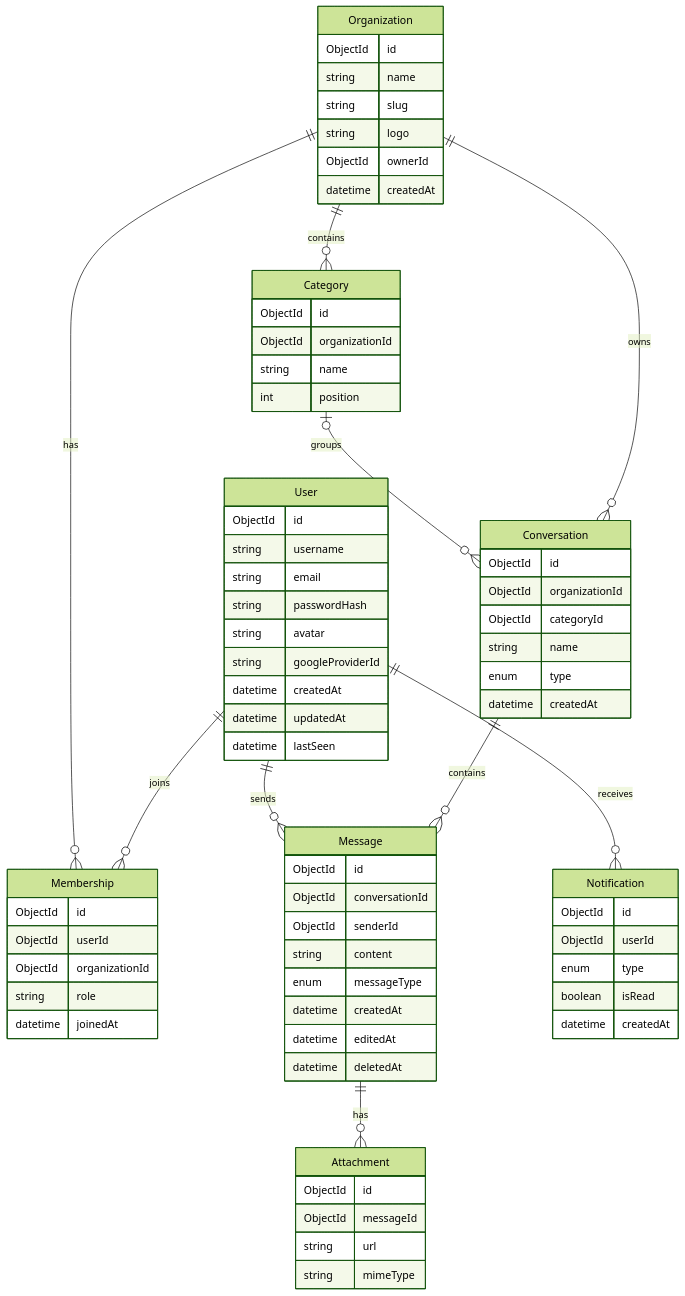
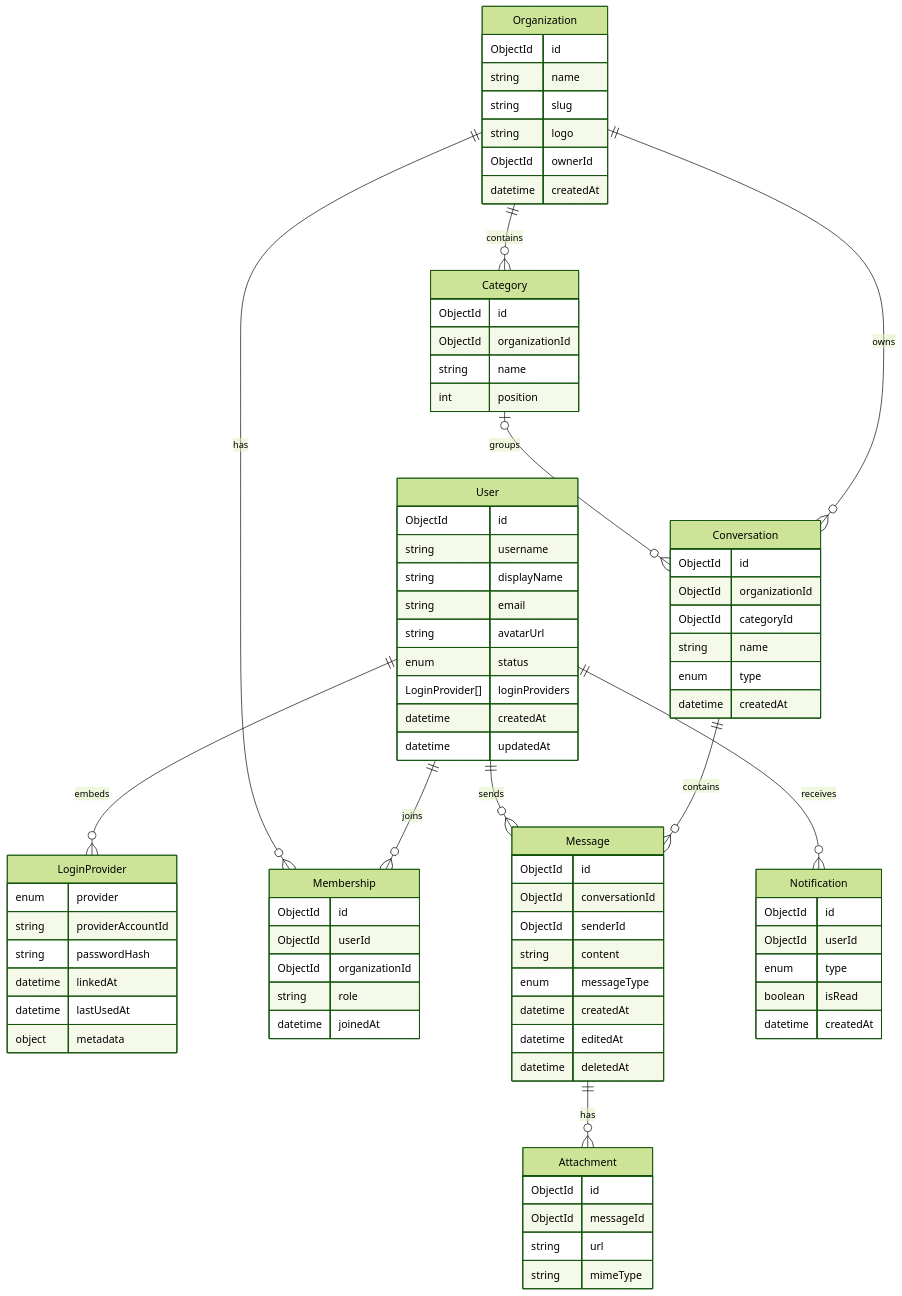
Before and after one commit to RamyMohamed47/intouch-docs: the diagram in Diagrams/Entity Diagrams.md, drawn with Mermaid (forest theme). The commit also changed 13 other files, not shown here.

````diff
--- a/Diagrams/Entity Diagrams.md
+++ b/Diagrams/Entity Diagrams.md
@@ -1,91 +1,201 @@
 ```mermaid
+
 erDiagram
 
-    User {
-        ObjectId id
-        string username
-        string email
-        string passwordHash
-        string avatar
-        string googleProviderId
-        datetime createdAt
-        datetime updatedAt
-        datetime lastSeen
-    }
+  
 
-    Organization {
-        ObjectId id
-        string name
-        string slug
-        string logo
-        ObjectId ownerId
-        datetime createdAt
-    }
+    User {
 
-    Membership {
-        ObjectId id
-        ObjectId userId
-        ObjectId organizationId
-        string role
-        datetime joinedAt
-    }
+        ObjectId id
 
-    Category {
-        ObjectId id
-        ObjectId organizationId
-        string name
-        int position
-    }
+        string username
 
-    Conversation {
-        ObjectId id
-        ObjectId organizationId
-        ObjectId categoryId
-        string name
-        enum type
-        datetime createdAt
-    }
+        string displayName
 
-    Message {
-        ObjectId id
-        ObjectId conversationId
-        ObjectId senderId
-        string content
-        enum messageType
-        datetime createdAt
-        datetime editedAt
-        datetime deletedAt
-    }
+        string email
 
-    Attachment {
-        ObjectId id
-        ObjectId messageId
-        string url
-        string mimeType
-    }
+        string avatarUrl
 
-    Notification {
-        ObjectId id
-        ObjectId userId
-        enum type
-        boolean isRead
-        datetime createdAt
-    }
+        enum status
 
-    User ||--o{ Membership : joins
-    Organization ||--o{ Membership : has
+        LoginProvider[] loginProviders
 
-    Organization ||--o{ Category : contains
+        datetime createdAt
 
-    Organization ||--o{ Conversation : owns
+        datetime updatedAt
 
-    Category |o--o{ Conversation : groups
+    }
 
-    Conversation ||--o{ Message : contains
+  
 
-    User ||--o{ Message : sends
+    LoginProvider {
 
-    Message ||--o{ Attachment : has
+        enum provider
 
-    User ||--o{ Notification : receives
+        string providerAccountId
+
+        string passwordHash
+
+        datetime linkedAt
+
+        datetime lastUsedAt
+
+        object metadata
+
+    }
+
+  
+
+    Organization {
+
+        ObjectId id
+
+        string name
+
+        string slug
+
+        string logo
+
+        ObjectId ownerId
+
+        datetime createdAt
+
+    }
+
+  
+
+    Membership {
+
+        ObjectId id
+
+        ObjectId userId
+
+        ObjectId organizationId
+
+        string role
+
+        datetime joinedAt
+
+    }
+
+  
+
+    Category {
+
+        ObjectId id
+
+        ObjectId organizationId
+
+        string name
+
+        int position
+
+    }
+
+  
+
+    Conversation {
+
+        ObjectId id
+
+        ObjectId organizationId
+
+        ObjectId categoryId
+
+        string name
+
+        enum type
+
+        datetime createdAt
+
+    }
+
+  
+
+    Message {
+
+        ObjectId id
+
+        ObjectId conversationId
+
+        ObjectId senderId
+
+        string content
+
+        enum messageType
+
+        datetime createdAt
+
+        datetime editedAt
+
+        datetime deletedAt
+
+    }
+
+  
+
+    Attachment {
+
+        ObjectId id
+
+        ObjectId messageId
+
+        string url
+
+        string mimeType
+
+    }
+
+  
+
+    Notification {
+
+        ObjectId id
+
+        ObjectId userId
+
+        enum type
+
+        boolean isRead
+
+        datetime createdAt
+
+    }
+
+  
+
+    User ||--o{ Membership : joins
+
+    User ||--o{ LoginProvider : embeds
+
+    Organization ||--o{ Membership : has
+
+  
+
+    Organization ||--o{ Category : contains
+
+  
+
+    Organization ||--o{ Conversation : owns
+
+  
+
+    Category |o--o{ Conversation : groups
+
+  
+
+    Conversation ||--o{ Message : contains
+
+  
+
+    User ||--o{ Message : sends
+
+  
+
+    Message ||--o{ Attachment : has
+
+  
+
+    User ||--o{ Notification : receives
+
 ```
````
